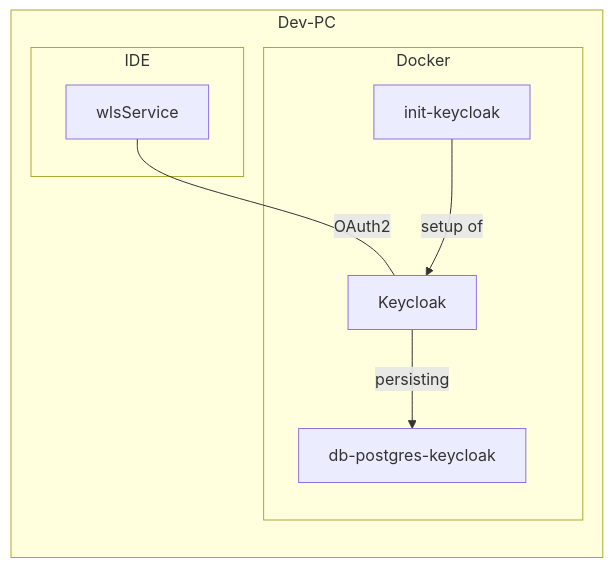
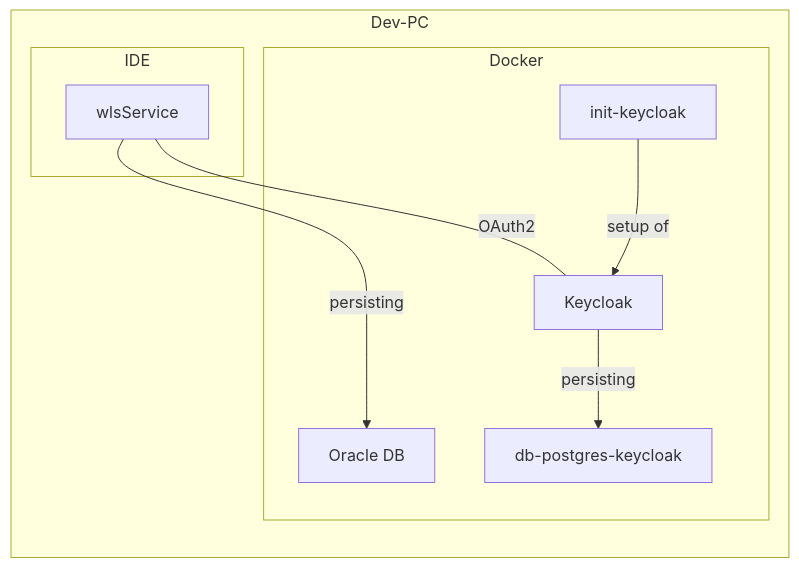
One commit to it-at-m/Wahllokalsystem changed the diagram in docs/src/technik/development/index.md. Above: the diagram before and after it, drawn with Mermaid. The commit also changed other lines of this file, not shown here.

````diff
--- a/docs/src/technik/development/index.md
+++ b/docs/src/technik/development/index.md
@@ -5,20 +5,22 @@
 ```mermaid
 flowchart LR
     
     subgraph Dev-PC 
         subgraph IDE 
             wlsService
         end
         
         subgraph Docker 
             keycloak[Keycloak]
             keycloakDB[db-postgres-keycloak]
             keycloakInit[init-keycloak]
+            oracleDB[Oracle DB]
         end
 
         wlsService ---|OAuth2| keycloak
+        wlsService --->|persisting|oracleDB
 
         keycloak-->|persisting| keycloakDB
         keycloakInit-->|setup of| keycloak
     end
 ```
````
